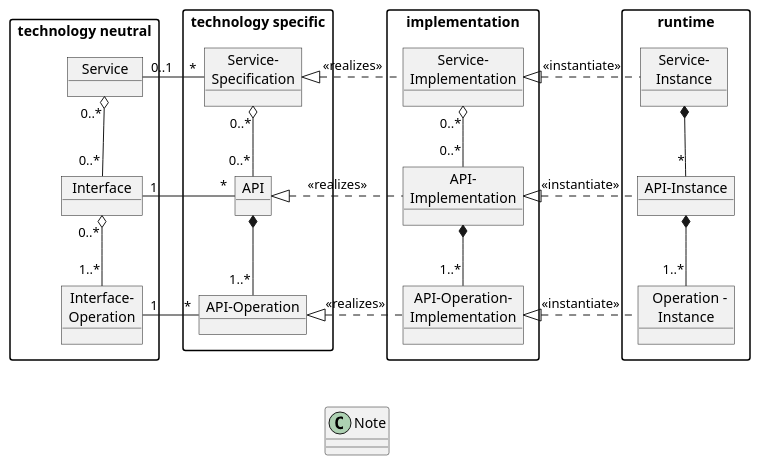
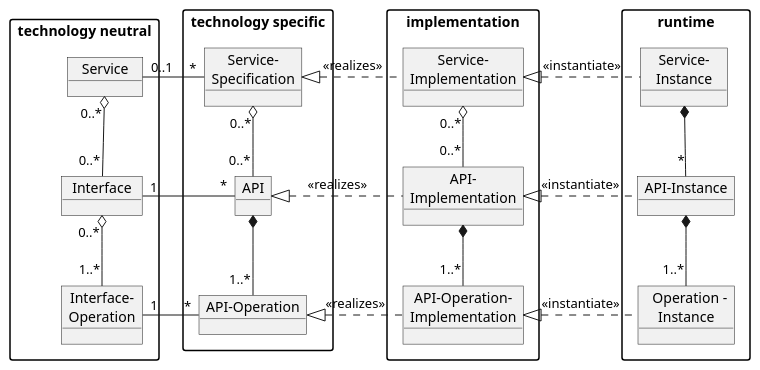
The diagram in documentation/IDTA-01002-3/modules/ROOT/partials/diagrams/i40-service-model.puml (admin-shell-io/aas-specs-api), drawn with PlantUML before and after one commit.

Commit message:
remove empty note at the bottom

```diff
--- a/documentation/IDTA-01002-3/modules/ROOT/partials/diagrams/i40-service-model.puml
+++ b/documentation/IDTA-01002-3/modules/ROOT/partials/diagrams/i40-service-model.puml
@@ -1,55 +1,54 @@
 @startuml
 skinparam packageStyle rectangle
 
 package "technology neutral" as tn {
   object "  Service  " as Service
   object " Interface " as Interface
   object "Interface-\nOperation" as i_op
 
   Service "0..*" o-- "0..*" Interface
   Interface "0..*" o-- "1..*" i_op
 }
 
 package "technology specific" as ts {
   object "Service-\nSpecification" as service_spec
   object API
   object "API-Operation" as api_op
 
   service_spec "0..*" o-- "0..*" API
   API *-- "1..*" api_op
 }
 
 package implementation {
   object "Service-\nImplementation" as service_impl
   object "API-\nImplementation" as api_impl
   object "API-Operation-\nImplementation" as api_op_impl
 
   service_impl "0..*" o-- "0..*" api_impl
   api_impl *-- "1..*" api_op_impl
 }
 
 package runtime {
   object "   Service-   \nInstance" as service_instance
   object "API-Instance" as api_instance
   object "  Operation -\nInstance" as op_instance
 
   service_instance *-- "*" api_instance
   api_instance *-- "1..*" op_instance
 }
 
 Service "0..1" - "*" service_spec
 Interface "1" - "*" API
 i_op "1" - "*" api_op
 
 service_spec <|.  service_impl: <<realizes>>
 API <|.   api_impl: <<realizes>>
 api_op <|.   api_op_impl: <<realizes>>
 
 service_impl <|. service_instance: <<instantiate>>
 api_impl <|. api_instance: <<instantiate>>
 api_op_impl <|. op_instance: <<instantiate>>
 
-api_op .[hidden]. Note
-api_op_impl .[hidden]. Note
+
 
 @enduml
```
